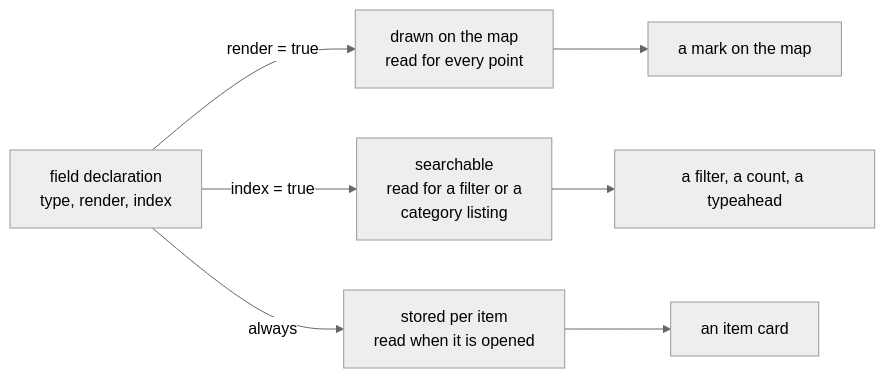
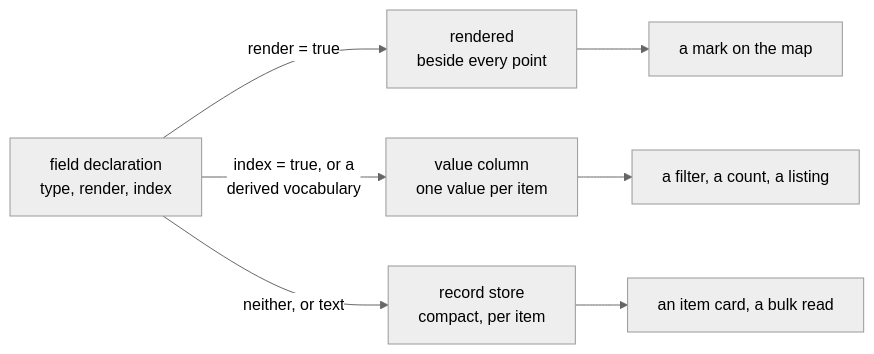
Before and after one commit to jennis0/tesseradb: the second of 2 diagrams in docs/system/data-model.md, drawn with Mermaid (neutral theme). The commit also changed other lines of this file, not shown here.

````diff
--- a/docs/system/data-model.md
+++ b/docs/system/data-model.md
@@ -192,10 +198,10 @@
 ```mermaid
 flowchart LR
   decl["field declaration<br/>type, render, index"]
-  decl -- "render = true" --> hot["drawn on the map<br/>read for every point"]
-  decl -- "index = true" --> idx["searchable<br/>read for a filter or a<br/>category listing"]
-  decl -- "always" --> blob["stored per item<br/>read when it is opened"]
+  decl -- "render = true" --> hot["rendered<br/>beside every point"]
+  decl -- "index = true, or a<br/>derived vocabulary" --> idx["value column<br/>one value per item"]
+  decl -- "neither, or text" --> blob["record store<br/>compact, per item"]
   hot --> mark["a mark on the map"]
-  idx --> filter["a filter, a count, a typeahead"]
-  blob --> card["an item card"]
+  idx --> filter["a filter, a count, a listing"]
+  blob --> card["an item card, a bulk read"]
 ```
````
